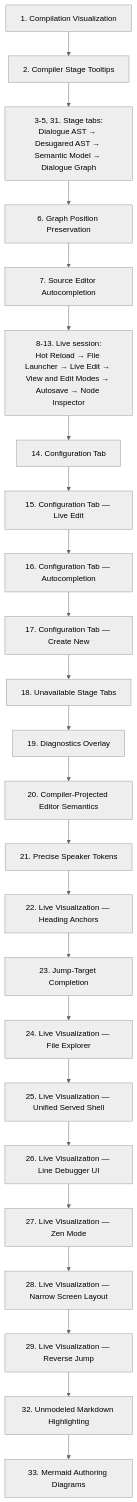
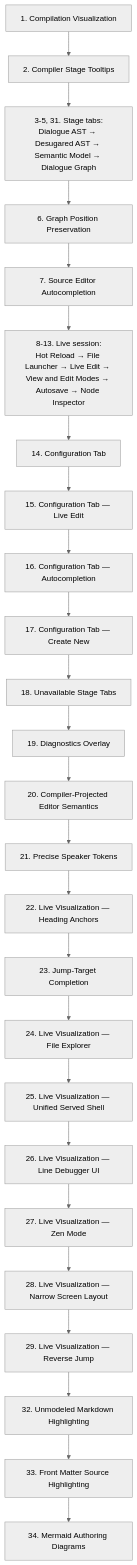
One commit to pengzhengyi/dialoguedown changed the third of 3 diagrams in docs/contributing/design-notes/README.md. Above: the diagram before and after it, drawn with Mermaid (neutral theme). The commit also changed other lines of this file and 3 other files, not shown here.

First line of the commit message:
docs(visualization): design front matter source highlighting

````diff
--- a/docs/contributing/design-notes/README.md
+++ b/docs/contributing/design-notes/README.md
@@ -137,26 +137,27 @@
 ```mermaid
 flowchart TB
     CV["1. Compilation Visualization"] --> TT["2. Compiler Stage Tooltips"]
     TT --> TABS["3-5, 31. Stage tabs:<br/>Dialogue AST → Desugared AST → Semantic Model → Dialogue Graph"]
     TABS --> GX["6. Graph Position Preservation"]
     GX --> AC["7. Source Editor Autocompletion"]
     AC --> LIVE["8-13. Live session:<br/>Hot Reload → File Launcher → Live Edit → View and Edit Modes → Autosave → Node Inspector"]
     LIVE --> CFG["14. Configuration Tab"]
     CFG --> CFGLE["15. Configuration Tab — Live Edit"]
     CFGLE --> CFGAC["16. Configuration Tab — Autocompletion"]
     CFGAC --> CFGCN["17. Configuration Tab — Create New"]
     CFGCN --> UST["18. Unavailable Stage Tabs"]
     UST --> DGO["19. Diagnostics Overlay"]
     DGO --> CPE["20. Compiler-Projected Editor Semantics"]
     CPE --> PST["21. Precise Speaker Tokens"]
     PST --> HA["22. Live Visualization — Heading Anchors"]
     HA --> JTC["23. Jump-Target Completion"]
     JTC --> FE["24. Live Visualization — File Explorer"]
     FE --> USS["25. Live Visualization — Unified Served Shell"]
     USS --> LDU["26. Live Visualization — Line Debugger UI"]
     LDU --> ZEN["27. Live Visualization — Zen Mode"]
     ZEN --> NSL["28. Live Visualization — Narrow Screen Layout"]
     NSL --> RJ["29. Live Visualization — Reverse Jump"]
     RJ --> UMH["32. Unmodeled Markdown Highlighting"]
-    UMH --> MAD["33. Mermaid Authoring Diagrams"]
+    UMH --> FMH["33. Front Matter Source Highlighting"]
+    FMH --> MAD["34. Mermaid Authoring Diagrams"]
 ```
````
